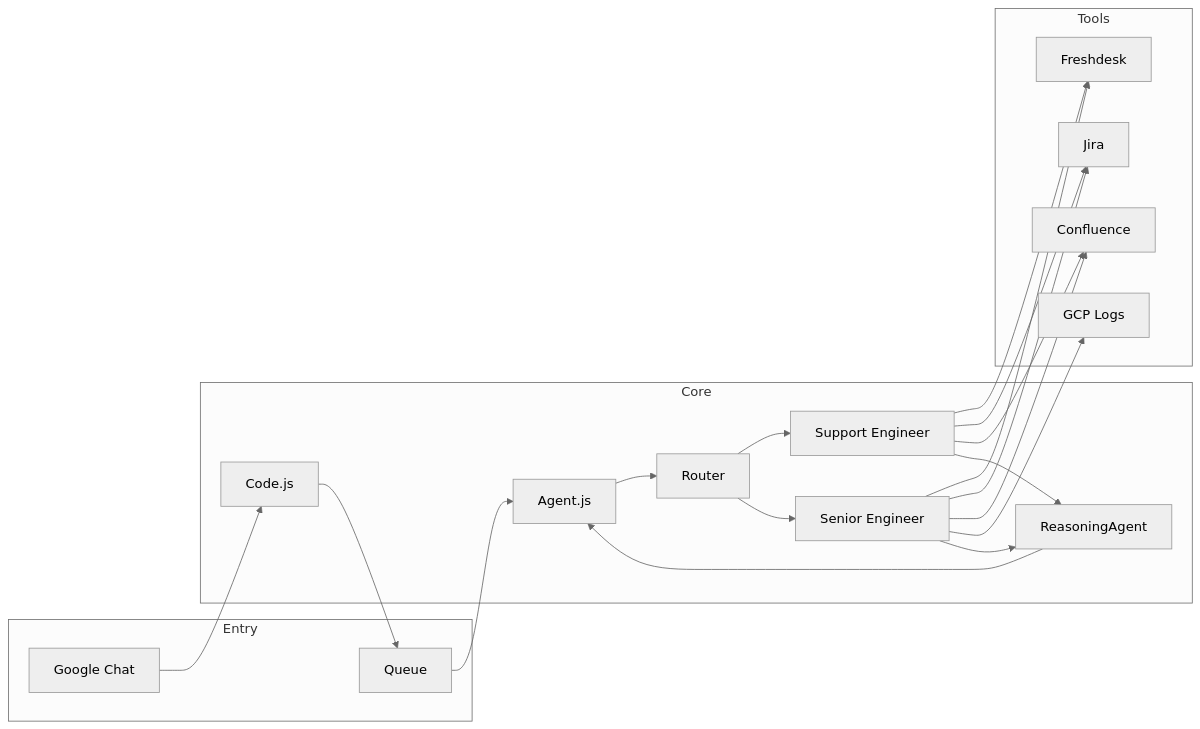
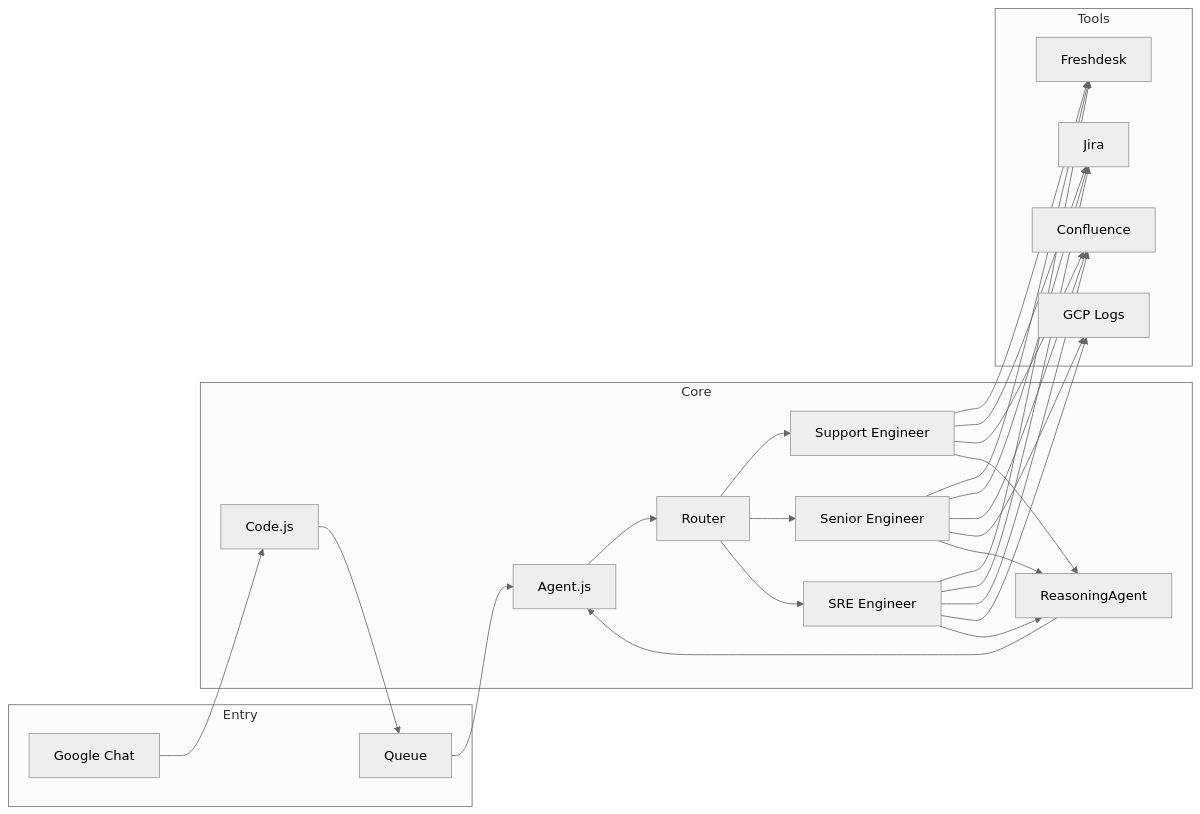
One commit to denissilva-oviva/AtlasSupportBot changed the diagram in README.md. Above: the diagram before and after it, drawn with Mermaid (neutral theme). The commit also changed other lines of this file, not shown here.

Commit message:
docs: add SRE agent to architecture diagram and overview

````diff
--- a/README.md
+++ b/README.md
@@ -14,37 +14,44 @@
 ```mermaid
 flowchart LR
   subgraph Entry
     Chat[Google Chat]
     Queue[Queue]
   end
   subgraph Core
     Code[Code.js]
     Agent[Agent.js]
     Router[Router]
     SE[Support Engineer]
     SrE[Senior Engineer]
+    SRE[SRE Engineer]
     QA[ReasoningAgent]
   end
   subgraph Tools
     FD[Freshdesk]
     Jira[Jira]
     CF[Confluence]
     GCP[GCP Logs]
   end
   Chat --> Code
   Code --> Queue
   Queue --> Agent
   Agent --> Router
   Router --> SE
   Router --> SrE
+  Router --> SRE
   SE --> FD
   SE --> Jira
   SE --> CF
   SrE --> FD
   SrE --> Jira
   SrE --> CF
   SrE --> GCP
+  SRE --> FD
+  SRE --> Jira
+  SRE --> CF
+  SRE --> GCP
   SE --> QA
   SrE --> QA
+  SRE --> QA
   QA --> Agent
 ```
````
